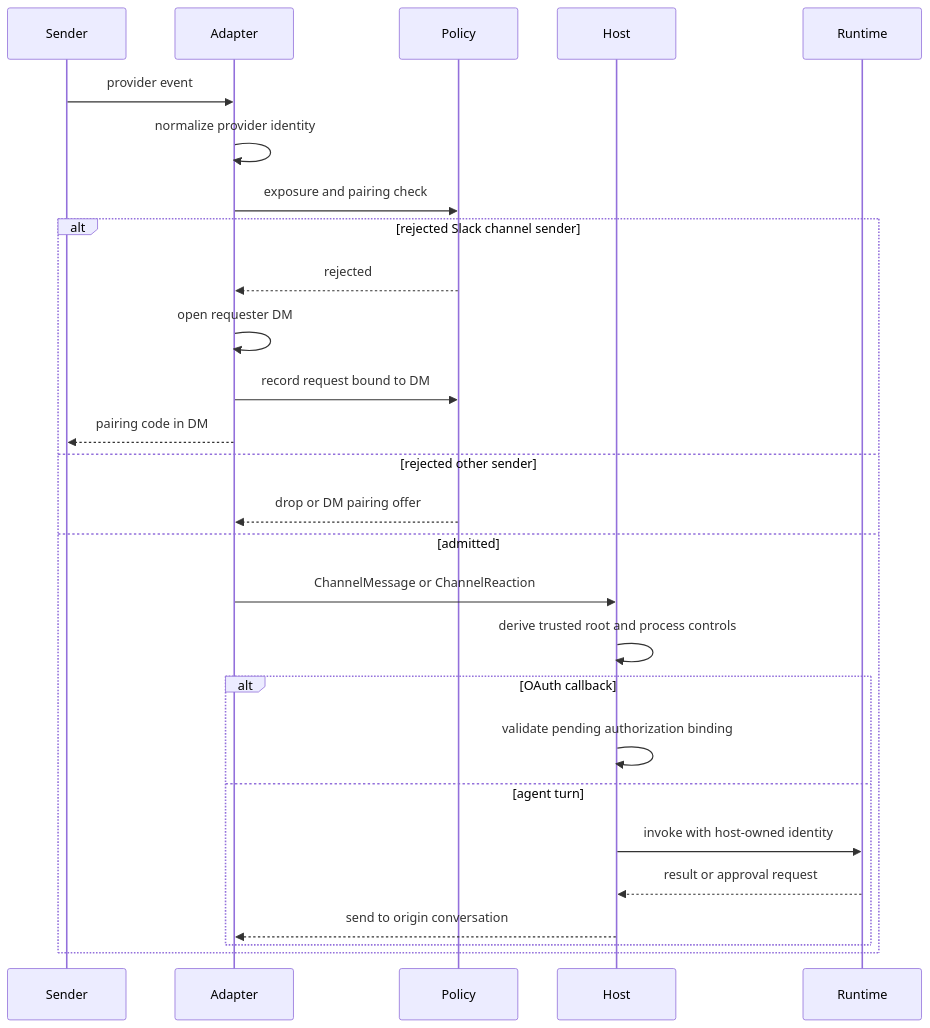
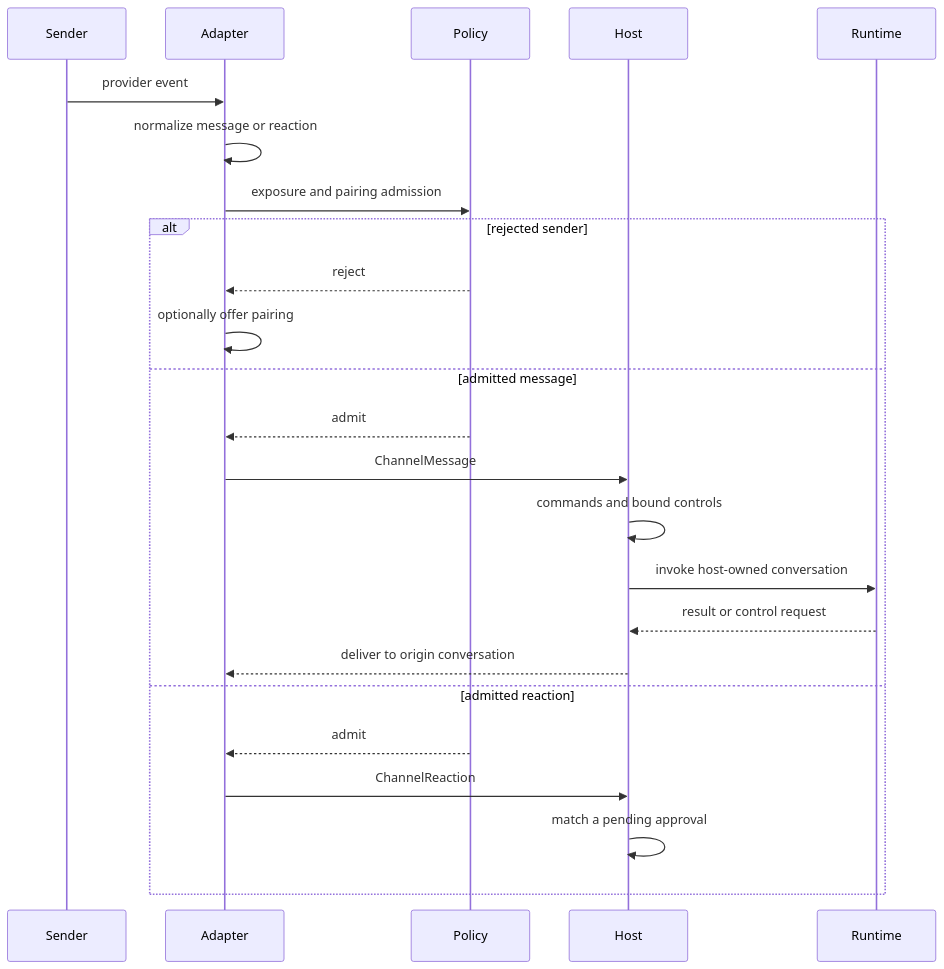
One commit to langchain-ai/deepagents changed the diagram in openwiki/concepts/talon-channel-admission.md. Above: the diagram before and after it, drawn with Mermaid. The commit also changed other lines of this file and 67 other files, not shown here.

````diff
--- a/openwiki/concepts/talon-channel-admission.md
+++ b/openwiki/concepts/talon-channel-admission.md
@@ -55,30 +63,27 @@
 ```mermaid
 sequenceDiagram
     participant Sender
     participant Adapter
     participant Policy
     participant Host
     participant Runtime
 
     Sender->>Adapter: provider event
-    Adapter->>Adapter: normalize provider identity
-    Adapter->>Policy: exposure and pairing check
-    alt rejected Slack channel sender
-        Policy-->>Adapter: rejected
-        Adapter->>Adapter: open requester DM
-        Adapter->>Policy: record request bound to DM
-        Adapter-->>Sender: pairing code in DM
-    else rejected other sender
-        Policy-->>Adapter: drop or DM pairing offer
-    else admitted
-        Adapter->>Host: ChannelMessage or ChannelReaction
-        Host->>Host: derive trusted root and process controls
-        alt OAuth callback
-            Host->>Host: validate pending authorization binding
-        else agent turn
-            Host->>Runtime: invoke with host-owned identity
-            Runtime-->>Host: result or approval request
-            Host-->>Adapter: send to origin conversation
-        end
+    Adapter->>Adapter: normalize message or reaction
+    Adapter->>Policy: exposure and pairing admission
+    alt rejected sender
+        Policy-->>Adapter: reject
+        Adapter->>Adapter: optionally offer pairing
+    else admitted message
+        Policy-->>Adapter: admit
+        Adapter->>Host: ChannelMessage
+        Host->>Host: commands and bound controls
+        Host->>Runtime: invoke host-owned conversation
+        Runtime-->>Host: result or control request
+        Host-->>Adapter: deliver to origin conversation
+    else admitted reaction
+        Policy-->>Adapter: admit
+        Adapter->>Host: ChannelReaction
+        Host->>Host: match a pending approval
     end
 ```
````
